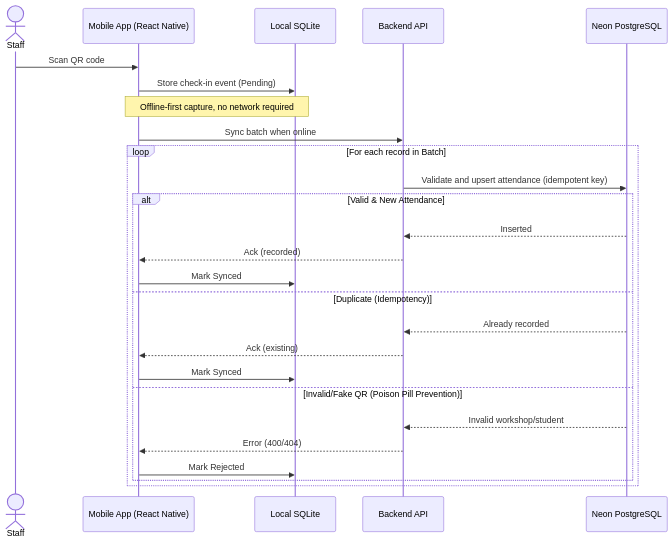
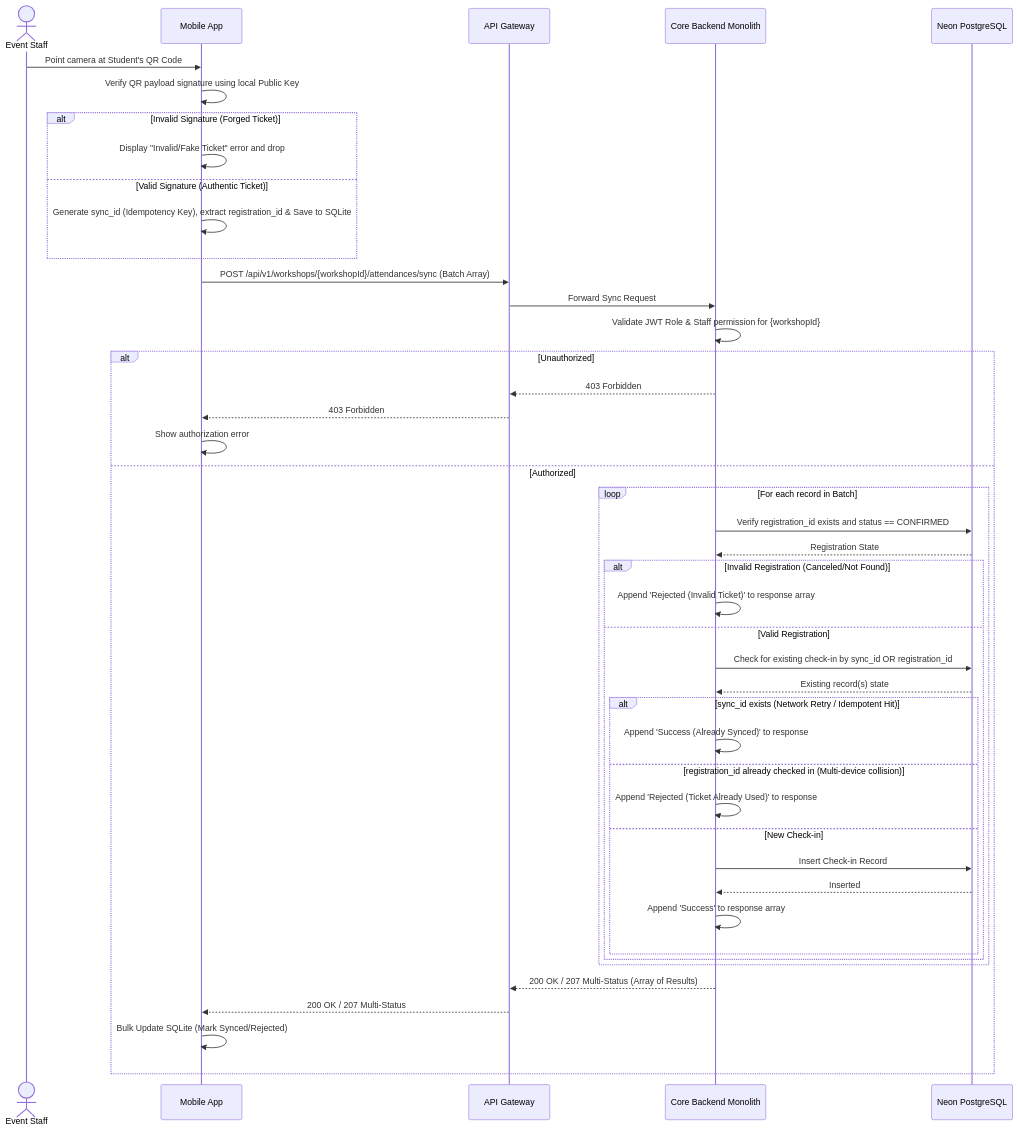
One commit to phatnguyen975/unihub-workshop changed the fourth of 10 diagrams in blueprint/design.md. Above: the diagram before and after it, drawn with Mermaid. The commit also changed other lines of this file, not shown here.

Commit message:
docs: update offline checkin diagram

````diff
--- a/blueprint/design.md
+++ b/blueprint/design.md
@@ -491,30 +491,47 @@
 ```mermaid
 sequenceDiagram
-  actor Staff
-  participant Mobile as Mobile App (React Native)
-  participant Local as Local SQLite
-  participant API as Backend API
+  actor Staff as Event Staff
+  participant Mobile as Mobile App
+  participant GW as API Gateway
+  participant API as Core Backend Monolith
   participant DB as Neon PostgreSQL
 
-  Staff->>Mobile: Scan QR code
-  Mobile->>Local: Store check-in event (Pending)
-  Note over Mobile,Local: Offline-first capture, no network required
-
-  Mobile->>API: Sync batch when online
-  loop For each record in Batch
-    API->>DB: Validate and upsert attendance (idempotent key)
-    alt Valid & New Attendance
-      DB-->>API: Inserted
-      API-->>Mobile: Ack (recorded)
-      Mobile->>Local: Mark Synced
-    else Duplicate (Idempotency)
-      DB-->>API: Already recorded
-      API-->>Mobile: Ack (existing)
-      Mobile->>Local: Mark Synced
-    else Invalid/Fake QR (Poison Pill Prevention)
-      DB-->>API: Invalid workshop/student
-      API-->>Mobile: Error (400/404)
-      Mobile->>Local: Mark Rejected
+  Staff->>Mobile: Point camera at Student's QR Code
+  Mobile->>Mobile: Verify QR payload signature using local Public Key
+  alt Invalid Signature (Forged Ticket)
+    Mobile->>Mobile: Display "Invalid/Fake Ticket" error and drop
+  else Valid Signature (Authentic Ticket)
+    Mobile->>Mobile: Generate sync_id (Idempotency Key), extract registration_id & Save to SQLite
+  end
+  Mobile->>GW: POST /api/v1/workshops/{workshopId}/attendances/sync (Batch Array)
+  GW->>API: Forward Sync Request
+  API->>API: Validate JWT Role & Staff permission for {workshopId}
+  alt Unauthorized
+    API-->>GW: 403 Forbidden
+    GW-->>Mobile: 403 Forbidden
+    Mobile->>Mobile: Show authorization error
+  else Authorized
+    loop For each record in Batch
+      API->>DB: Verify registration_id exists and status == CONFIRMED
+      DB-->>API: Registration State
+      alt Invalid Registration (Canceled/Not Found)
+        API->>API: Append 'Rejected (Invalid Ticket)' to response array
+      else Valid Registration
+        API->>DB: Check for existing check-in by sync_id OR registration_id
+        DB-->>API: Existing record(s) state
+        alt sync_id exists (Network Retry / Idempotent Hit)
+          API->>API: Append 'Success (Already Synced)' to response
+        else registration_id already checked in (Multi-device collision)
+          API->>API: Append 'Rejected (Ticket Already Used)' to response
+        else New Check-in
+          API->>DB: Insert Check-in Record
+          DB-->>API: Inserted
+          API->>API: Append 'Success' to response array
+        end
+      end
     end
+    API-->>GW: 200 OK / 207 Multi-Status (Array of Results)
+    GW-->>Mobile: 200 OK / 207 Multi-Status
+    Mobile->>Mobile: Bulk Update SQLite (Mark Synced/Rejected)
   end
 ```
````
